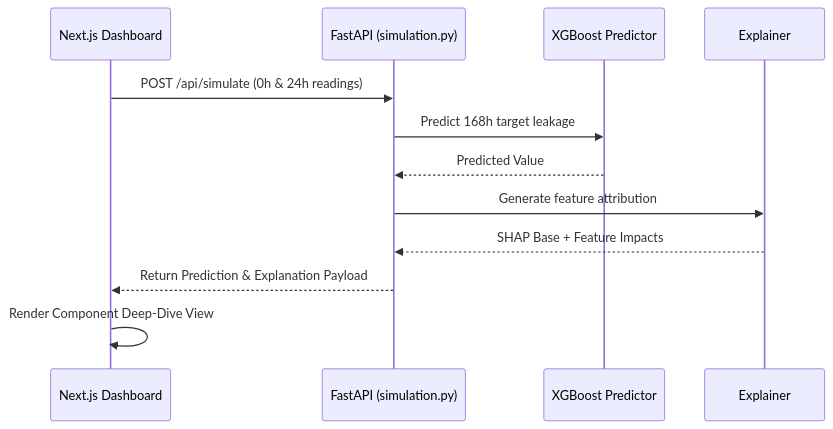
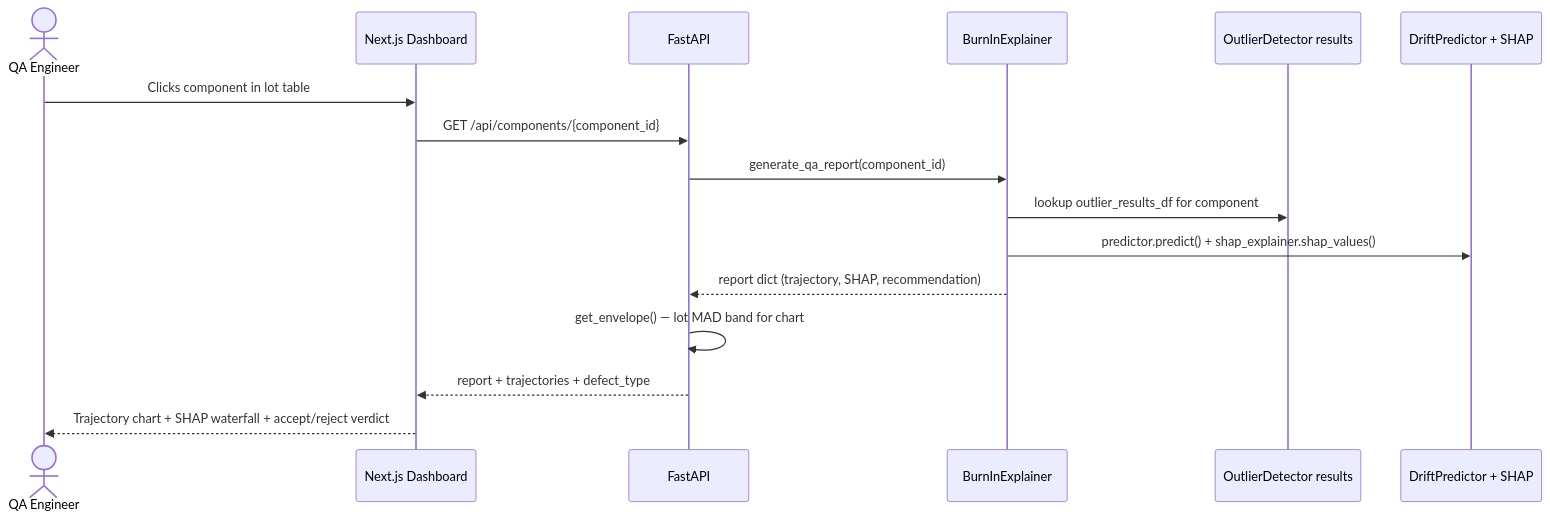
Before and after one commit to Prem-333/Hail-Mary: the second of 2 diagrams in README.md, drawn with Mermaid. The commit also changed other lines of this file, not shown here.

Commit message:
docs: overhaul README with updated architecture, technical specifications, and detailed sequence flows

````diff
--- a/README.md
+++ b/README.md
@@ -39,15 +65,19 @@
 ```mermaid
 sequenceDiagram
-    participant UI as Next.js Dashboard
-    participant API as FastAPI (simulation.py)
-    participant ML as XGBoost Predictor
-    participant SHAP as Explainer
-    
-    UI->>API: POST /api/simulate (0h & 24h readings)
-    API->>ML: Predict 168h target leakage
-    ML-->>API: Predicted Value
-    API->>SHAP: Generate feature attribution
-    SHAP-->>API: SHAP Base + Feature Impacts
-    API-->>UI: Return Prediction & Explanation Payload
-    UI->>UI: Render Component Deep-Dive View
+    actor QA as QA Engineer
+    participant FE as Next.js Dashboard
+    participant API as FastAPI
+    participant EX as BurnInExplainer
+    participant MA as OutlierDetector results
+    participant MB as DriftPredictor + SHAP
+
+    QA->>FE: Clicks component in lot table
+    FE->>API: GET /api/components/{component_id}
+    API->>EX: generate_qa_report(component_id)
+    EX->>MA: lookup outlier_results_df for component
+    EX->>MB: predictor.predict() + shap_explainer.shap_values()
+    EX-->>API: report dict (trajectory, SHAP, recommendation)
+    API->>API: get_envelope() — lot MAD band for chart
+    API-->>FE: report + trajectories + defect_type
+    FE-->>QA: Trajectory chart + SHAP waterfall + accept/reject verdict
 ```
````
